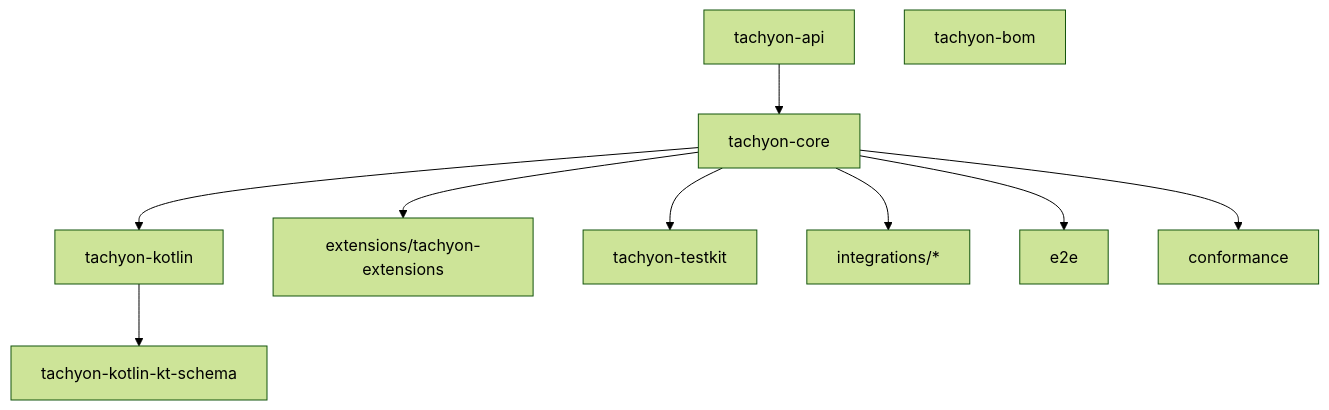
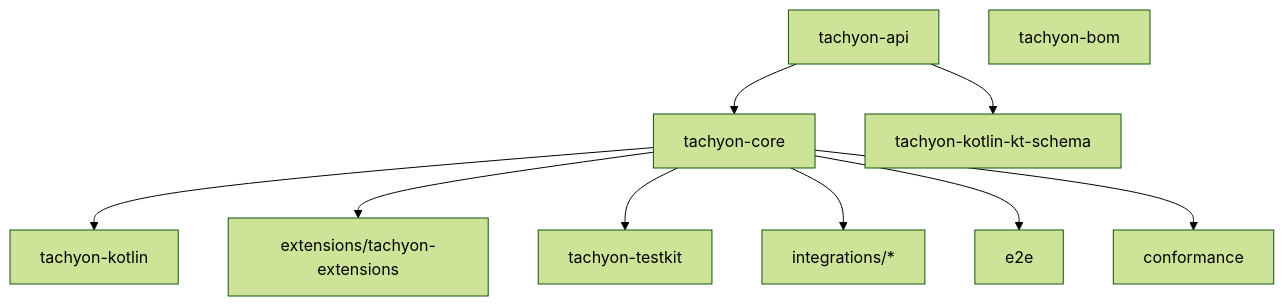
One commit to tachyonmcp/tachyon changed the diagram in .llm-wiki/overview.md. Above: the diagram before and after it, drawn with Mermaid (forest theme). The commit also changed other lines of this file and 26 other files, not shown here.

````diff
--- a/.llm-wiki/overview.md
+++ b/.llm-wiki/overview.md
@@ -17,12 +17,12 @@
 ```mermaid
 graph TD
   api[tachyon-api] --> core[tachyon-core]
   core --> kotlin[tachyon-kotlin]
-  kotlin --> ktschema[tachyon-kotlin-kt-schema]
+  api --> ktschema[tachyon-kotlin-kt-schema]
   core --> ext[extensions/tachyon-extensions]
   core --> testkit[tachyon-testkit]
   core --> integ[integrations/*]
   core --> e2e[e2e]
   core --> conf[conformance]
   bom[tachyon-bom]
 ```
````
